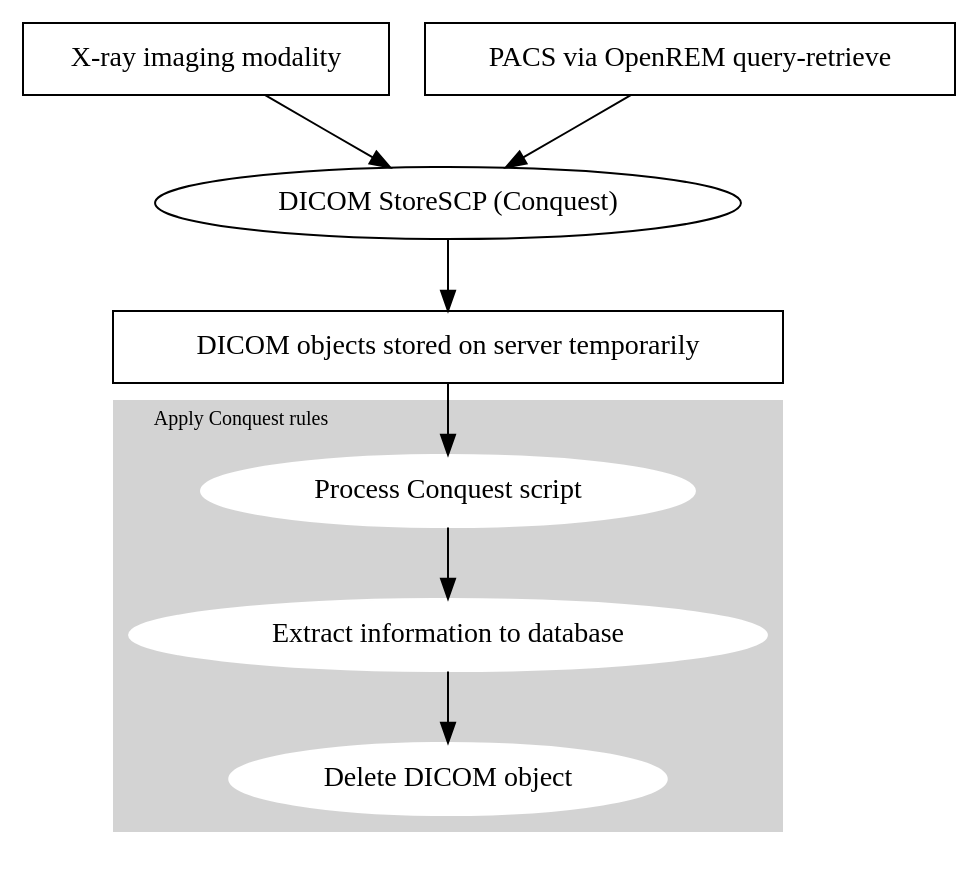
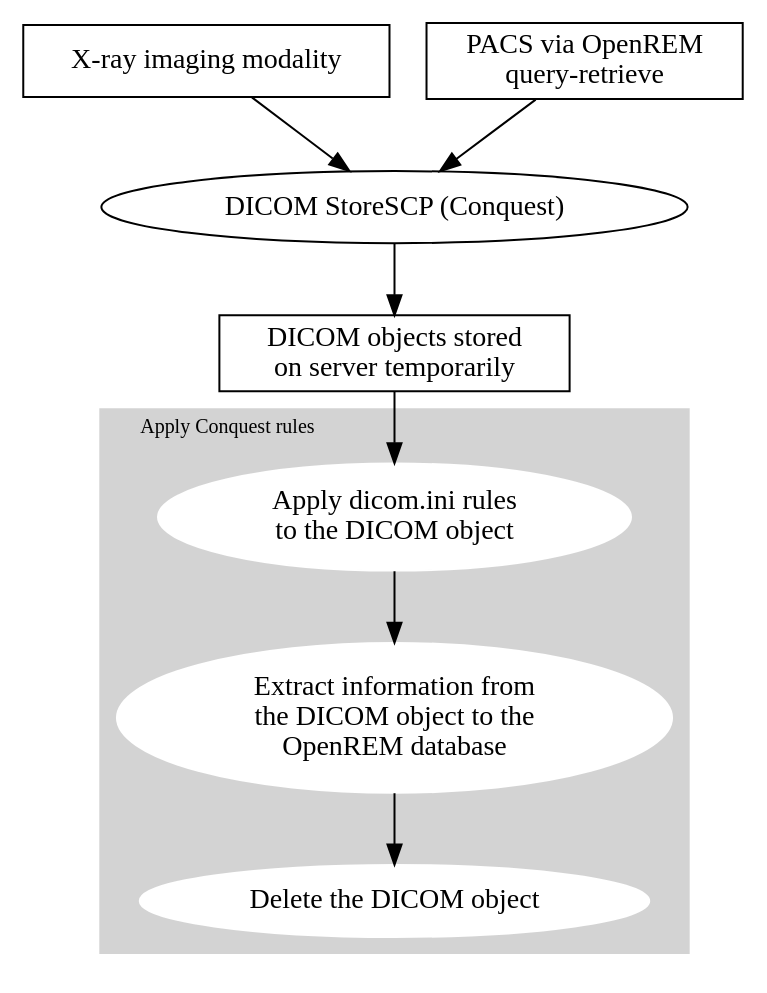
One commit to ckswilliams/modOpenREM changed the diagram in docs/testgraphviz.rst. Above: the diagram before and after it, drawn with Graphviz.

Commit message:
Added new-line characters and reworded some labels

```diff
--- a/docs/testgraphviz.rst
+++ b/docs/testgraphviz.rst
@@ -4,26 +4,26 @@
 .. graphviz::
 
    digraph {
       subgraph cluster_rules {
          node [style=filled,color=white];
          style=filled;
          color=lightgrey;
          conquest_script -> populate_database -> delete_object;
          label = "Apply Conquest rules";
          fontsize=10;
          labelloc=t;
          labeljust=l;
       }
 
       modality -> conquest;
       pacs -> conquest;
       conquest -> storage -> conquest_script;
 
       modality [shape=box, label="X-ray imaging modality"];
-      pacs [shape=box, label="PACS via OpenREM query-retrieve"];
+      pacs [shape=box, label="PACS via OpenREM\nquery-retrieve"];
       conquest [label="DICOM StoreSCP (Conquest)"];
-      storage [shape=box, label="DICOM objects stored on server temporarily"];
-      conquest_script [label="Process Conquest script"];
-      populate_database [label="Extract information to database"];
-      delete_object [label="Delete DICOM object"];
+      storage [shape=box, label="DICOM objects stored\non server temporarily"];
+      conquest_script [label="Apply dicom.ini rules\nto the DICOM object"];
+      populate_database [label="Extract information from\nthe DICOM object to the\nOpenREM database"];
+      delete_object [label="Delete the DICOM object"];
    }
```
